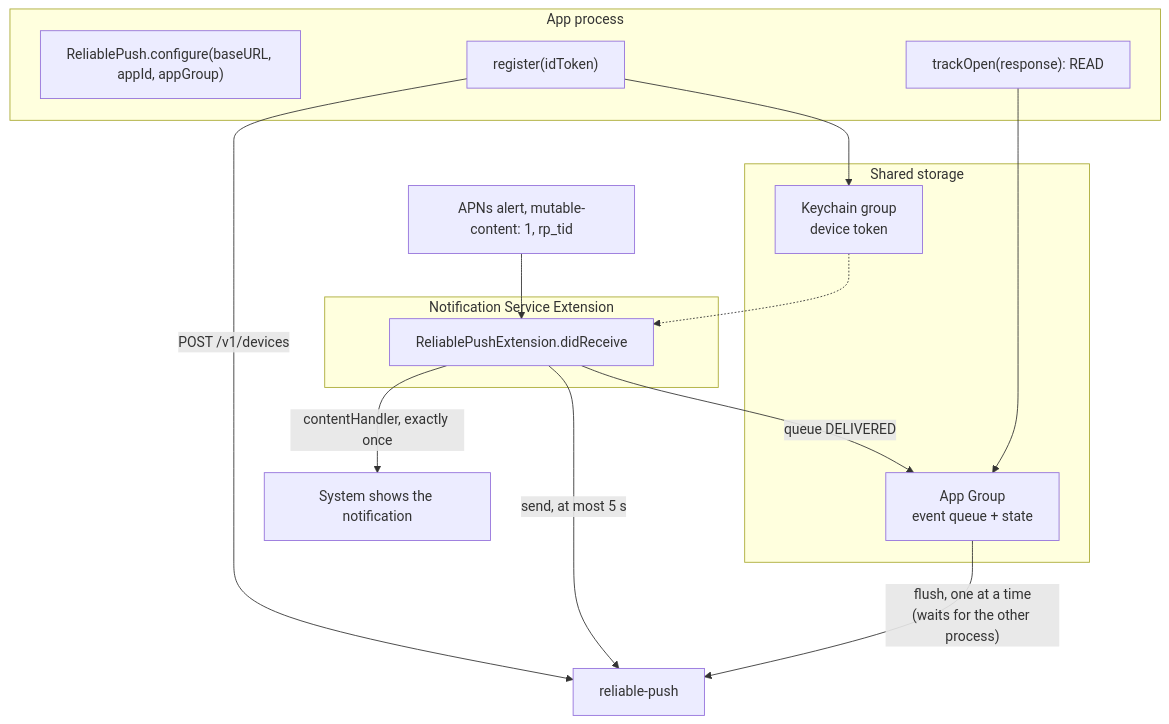
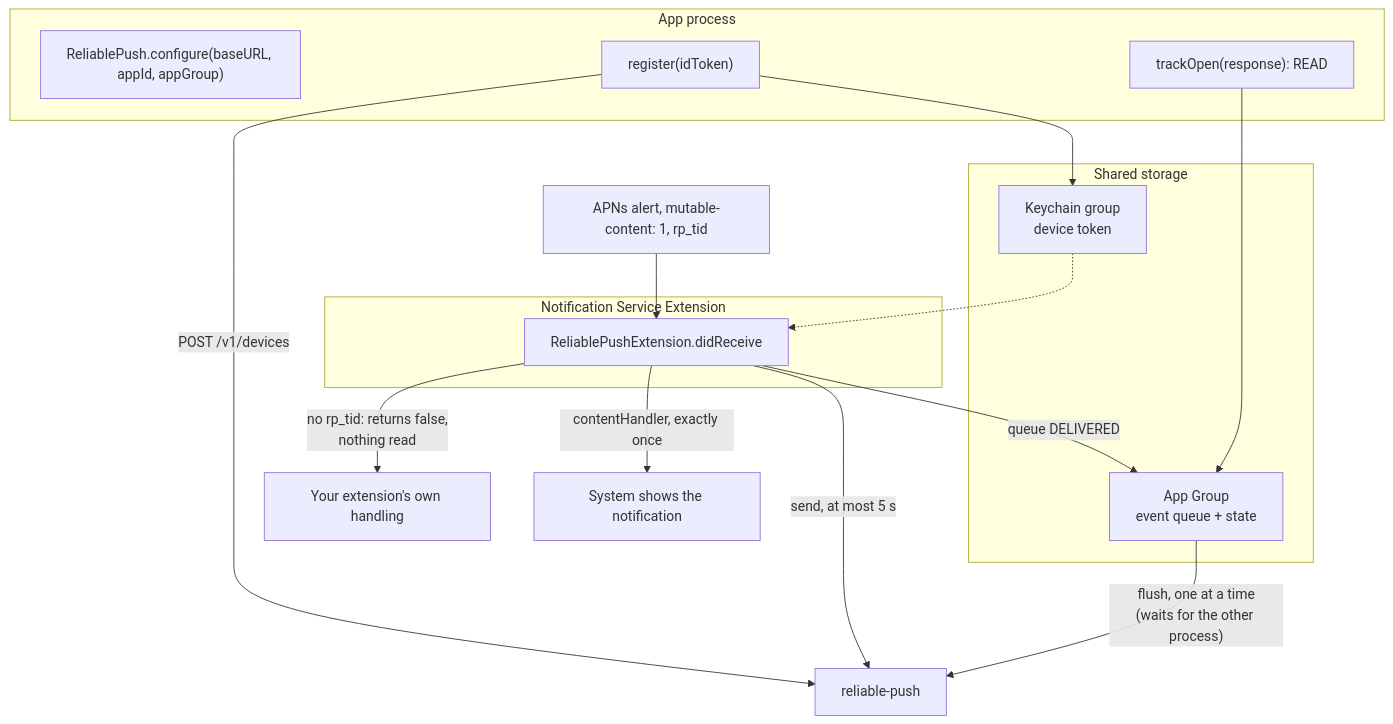
One commit to valentirob/reliable-push changed the tenth of 13 diagrams in docs/overview.md. Above: the diagram before and after it, drawn with Mermaid. The commit also changed 5 other files, not shown here.

First line of the commit message:
fix(ios): extension reads the stored configuration only for rp_tid pushes

````diff
--- a/docs/overview.md
+++ b/docs/overview.md
@@ -269,24 +269,25 @@
 ```mermaid
 flowchart TB
   subgraph app["App process"]
     CFG["ReliablePush.configure(baseURL, appId, appGroup)"]
     REG["register(idToken)"]
     TO["trackOpen(response): READ"]
   end
   subgraph nse["Notification Service Extension"]
     DR["ReliablePushExtension.didReceive"]
   end
   subgraph shared["Shared storage"]
     KC["Keychain group<br/>device token"]
     AG["App Group<br/>event queue + state"]
   end
   APNS["APNs alert, mutable-content: 1, rp_tid"] --> DR
+  DR -- "no rp_tid: returns false,<br/>nothing read" --> OWNI["Your extension's own handling"]
   REG -- "POST /v1/devices" --> API["reliable-push"]
   REG --> KC
   DR -- "queue DELIVERED" --> AG
   DR -- "send, at most 5 s" --> API
   DR -- "contentHandler, exactly once" --> SHOW["System shows the notification"]
   TO --> AG
   AG -- "flush, one at a time<br/>(waits for the other process)" --> API
   KC -.-> DR
 ```
````
